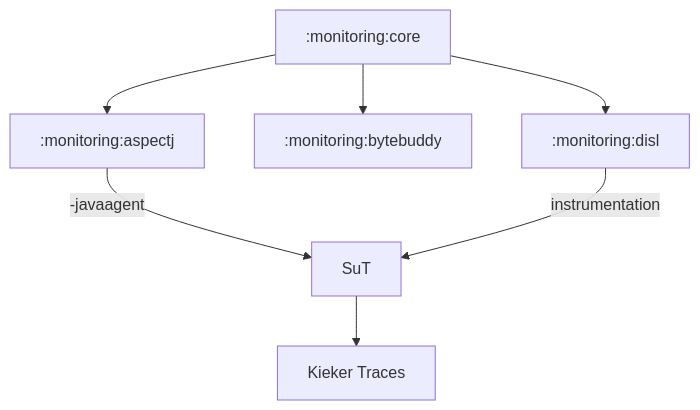
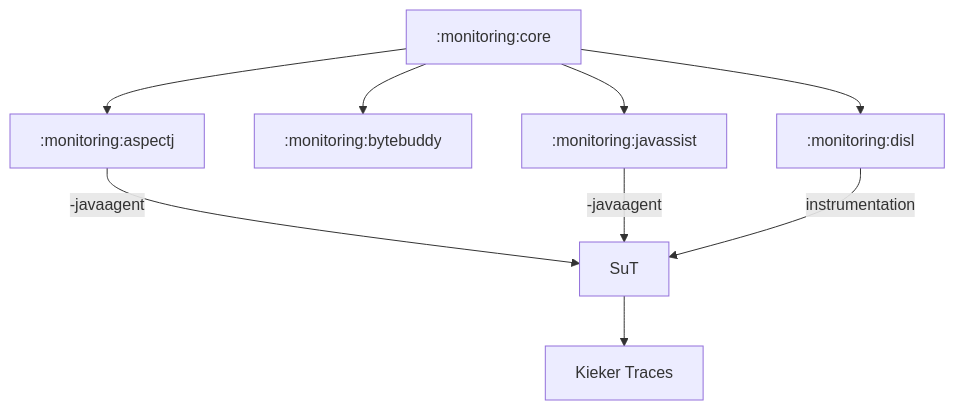
The diagram in monitoring/README.md (kieker-monitoring/kieker), drawn with Mermaid before and after one commit. The commit also changed 8 other files, not shown here.

````diff
--- a/monitoring/README.md
+++ b/monitoring/README.md
@@ -10,9 +10,11 @@
 ```mermaid
 graph TD;
 	:monitoring:core-->:monitoring:aspectj;
 	:monitoring:core-->:monitoring:bytebuddy;
+	:monitoring:core-->:monitoring:javassist;
 	:monitoring:core-->:monitoring:disl;
 	:monitoring:aspectj-- -javaagent -->SuT;
+	:monitoring:javassist-- -javaagent -->SuT;
 	:monitoring:disl-- instrumentation -->SuT;
 	SuT-->id1[Kieker Traces];
 ```
````
